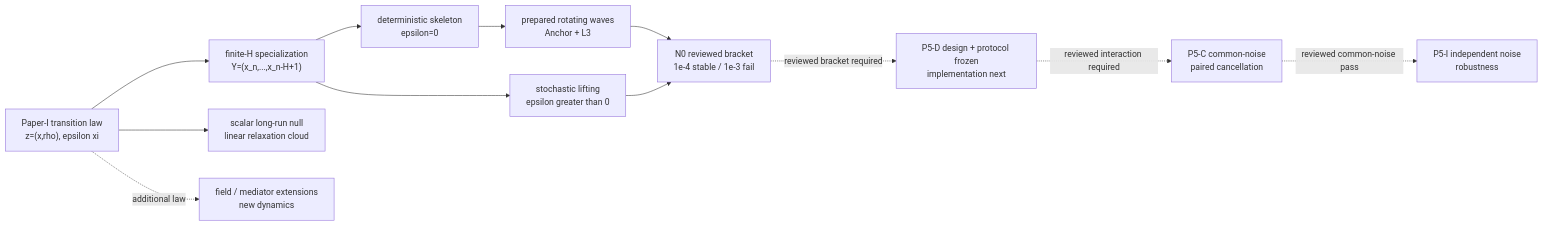
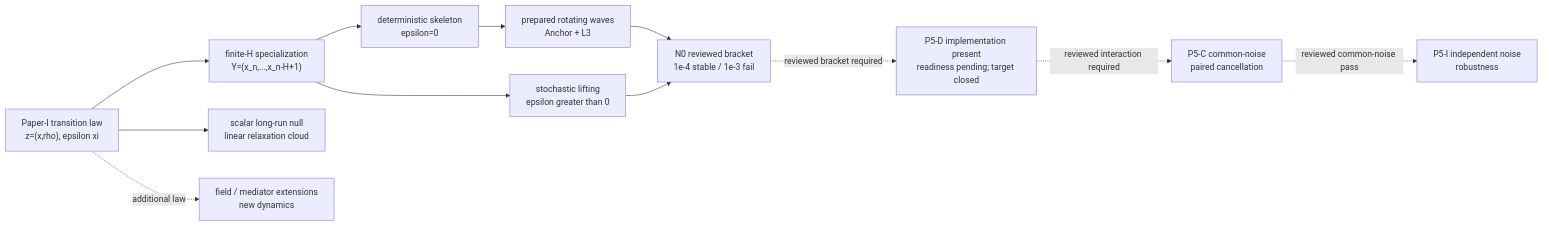
Before and after one commit to MemoryDynamics/Knoten: the seventh of 8 diagrams in docs/reference/repository_map.md, drawn with Mermaid. The commit also changed other lines of this file and 11 other files, not shown here.

````diff
--- a/docs/reference/repository_map.md
+++ b/docs/reference/repository_map.md
@@ -348,23 +348,23 @@
 ```mermaid
 flowchart LR
     paperlaw["Paper-I transition law<br/>z=(x,rho), epsilon xi"]
     finiteh["finite-H specialization<br/>Y=(x_n,...,x_n-H+1)"]
     deterministic["deterministic skeleton<br/>epsilon=0"]
     stochastic["stochastic lifting<br/>epsilon greater than 0"]
     longrun["scalar long-run null<br/>linear relaxation cloud"]
     loops["prepared rotating waves<br/>Anchor + L3"]
     n0["N0 reviewed bracket<br/>1e-4 stable / 1e-3 fail"]
-    p5d["P5-D design + protocol frozen<br/>implementation next"]
+    p5d["P5-D implementation present<br/>readiness pending; target closed"]
     p5c["P5-C common-noise<br/>paired cancellation"]
     p5i["P5-I independent noise<br/>robustness"]
     fields["field / mediator extensions<br/>new dynamics"]
 
     paperlaw --> finiteh
     paperlaw --> longrun
     finiteh --> deterministic --> loops --> n0
     finiteh --> stochastic --> n0
     n0 -.reviewed bracket required.-> p5d
     p5d -.reviewed interaction required.-> p5c
     p5c -.reviewed common-noise pass.-> p5i
     paperlaw -.additional law.-> fields
 ```
````
